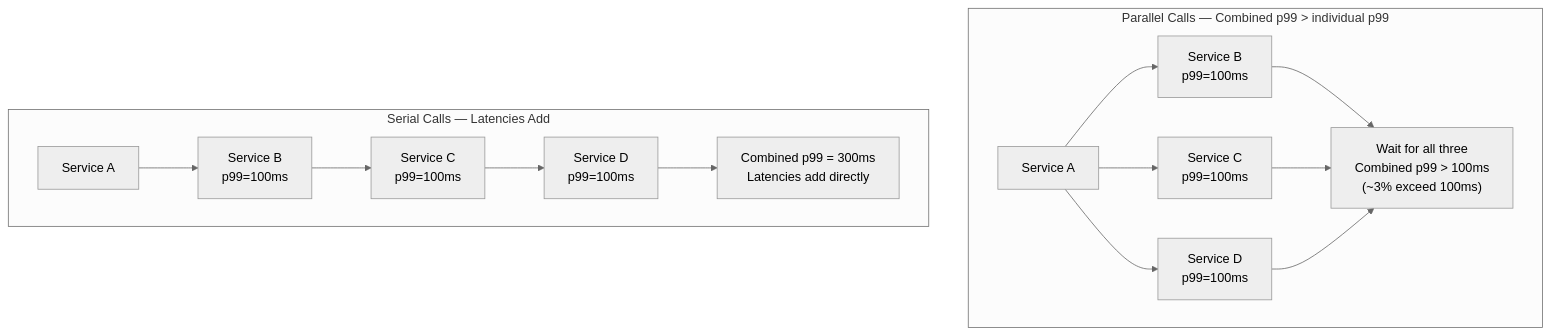
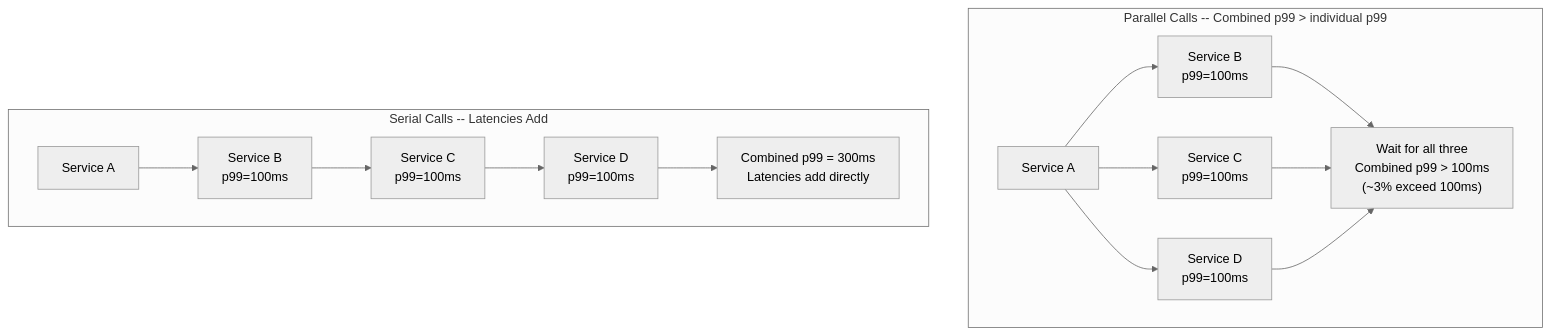
Diagram 11 of 12 in Section0/Chapter_5_Numbers_Estimation.md (ranjeetnegi/System-Design-for-Staff-SWE), drawn with Mermaid (neutral theme) before and after one commit. The commit also changed other lines of this file and 11 other files, not shown here.

````diff
--- a/Section0/Chapter_5_Numbers_Estimation.md
+++ b/Section0/Chapter_5_Numbers_Estimation.md
@@ -2164,18 +2164,18 @@
 ```mermaid
 flowchart TD
-    subgraph parallel["Parallel Calls — Combined p99 &gt; individual p99"]
+    subgraph parallel["Parallel Calls -- Combined p99 &gt; individual p99"]
         A1["Service A"] --> B1["Service B\np99=100ms"]
         A1 --> C1["Service C\np99=100ms"]
         A1 --> D1["Service D\np99=100ms"]
         B1 --> R1["Wait for all three\nCombined p99 &gt; 100ms\n(~3% exceed 100ms)"]
         C1 --> R1
         D1 --> R1
     end
 
-    subgraph serial["Serial Calls — Latencies Add"]
+    subgraph serial["Serial Calls -- Latencies Add"]
         A2["Service A"] --> B2["Service B\np99=100ms"]
         B2 --> C2["Service C\np99=100ms"]
         C2 --> D2["Service D\np99=100ms"]
         D2 --> R2["Combined p99 = 300ms\nLatencies add directly"]
     end
 ```
````
